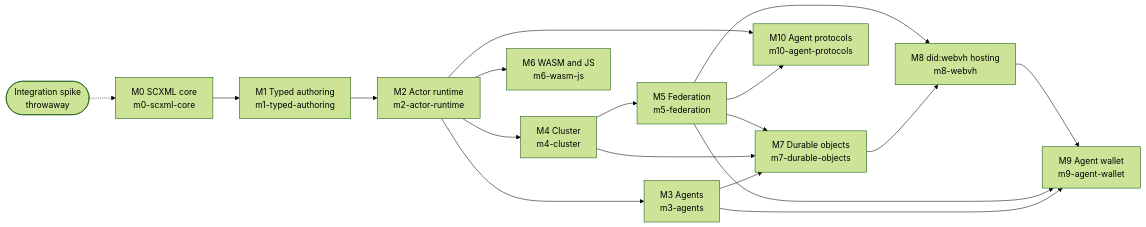
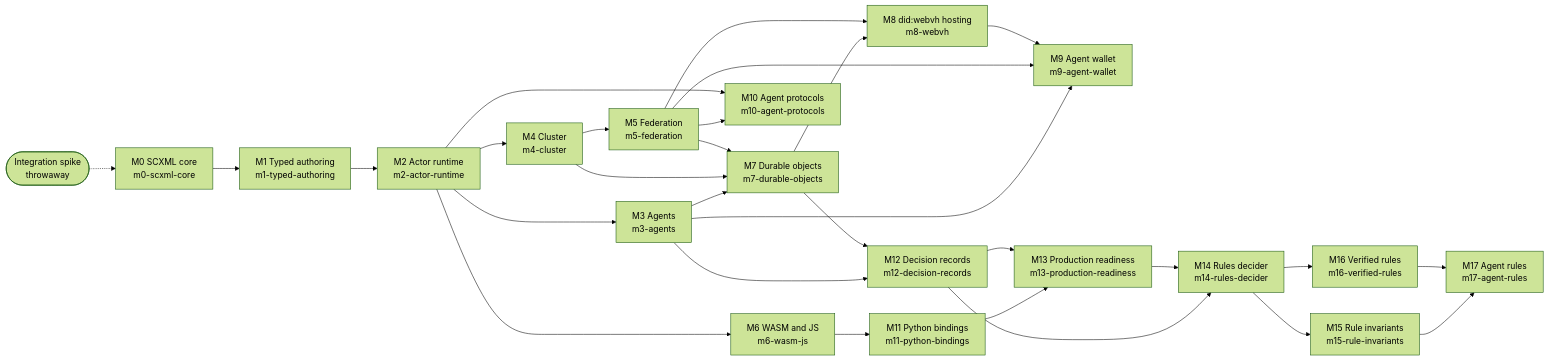
One commit to Volland/vertep changed the diagram in tg.md/roadmap.md. Above: the diagram before and after it, drawn with Mermaid (forest theme). The commit also changed other lines of this file and 45 other files, not shown here.

````diff
--- a/tg.md/roadmap.md
+++ b/tg.md/roadmap.md
@@ -9,20 +9,31 @@
 ```mermaid
 flowchart LR
     M0["M0 SCXML core<br/>m0-scxml-core"] --> M1["M1 Typed authoring<br/>m1-typed-authoring"]
     M1 --> M2["M2 Actor runtime<br/>m2-actor-runtime"]
     M2 --> M3["M3 Agents<br/>m3-agents"]
     M2 --> M4["M4 Cluster<br/>m4-cluster"]
     M4 --> M5["M5 Federation<br/>m5-federation"]
     M2 --> M6["M6 WASM and JS<br/>m6-wasm-js"]
     M3 --> M7["M7 Durable objects<br/>m7-durable-objects"]
     M4 --> M7
     M5 --> M7
     M7 --> M8["M8 did:webvh hosting<br/>m8-webvh"]
     M5 --> M8
     M3 --> M9["M9 Agent wallet<br/>m9-agent-wallet"]
     M5 --> M9
     M8 --> M9
     M5 --> M10["M10 Agent protocols<br/>m10-agent-protocols"]
     M2 --> M10
+    M6 --> M11["M11 Python bindings<br/>m11-python-bindings"]
+    M3 --> M12["M12 Decision records<br/>m12-decision-records"]
+    M7 --> M12
+    M11 --> M13["M13 Production readiness<br/>m13-production-readiness"]
+    M12 --> M13
+    M12 --> M14["M14 Rules decider<br/>m14-rules-decider"]
+    M13 --> M14
+    M14 --> M15["M15 Rule invariants<br/>m15-rule-invariants"]
+    M14 --> M16["M16 Verified rules<br/>m16-verified-rules"]
+    M15 --> M17["M17 Agent rules<br/>m17-agent-rules"]
+    M16 --> M17
     S(["Integration spike<br/>throwaway"]) -.-> M0
 ```
````
